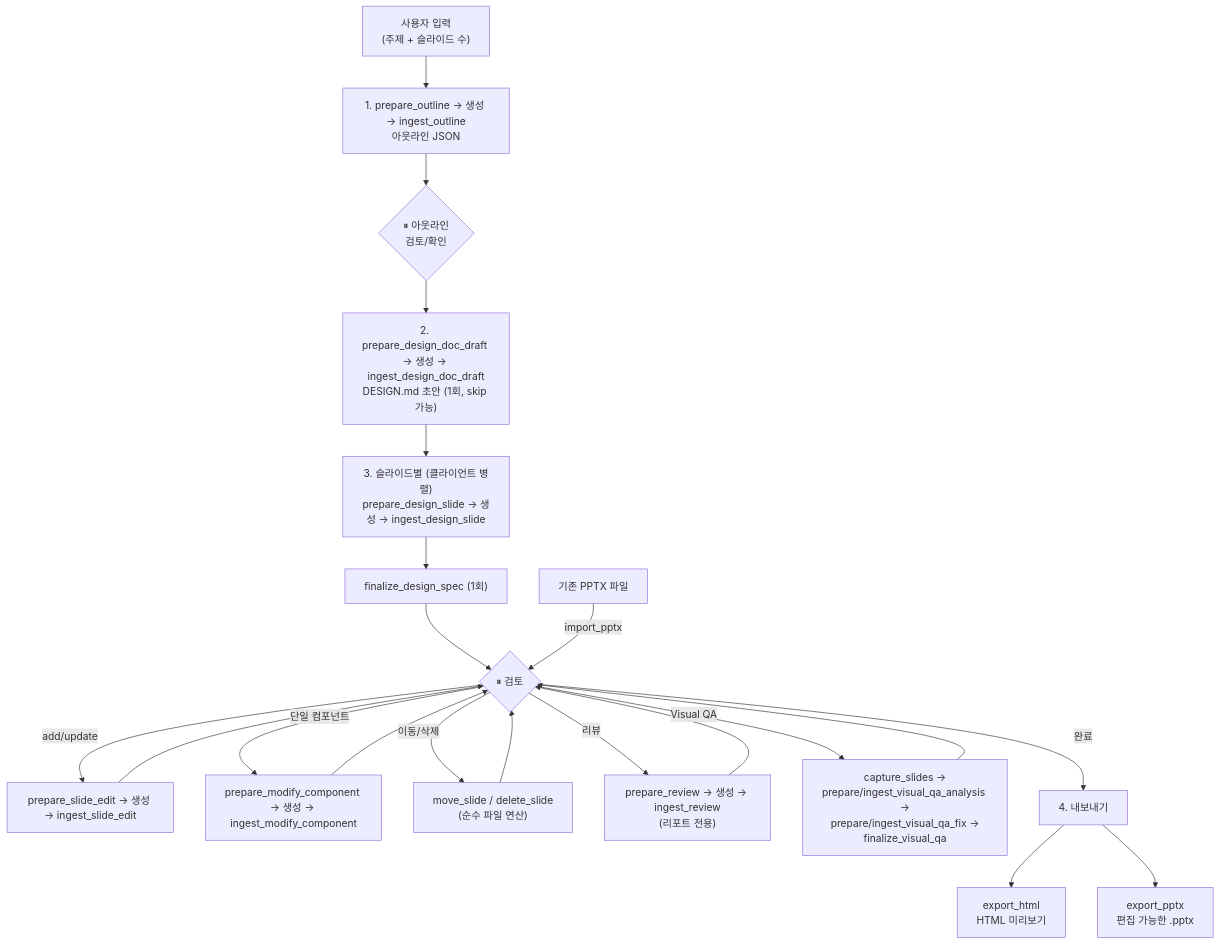
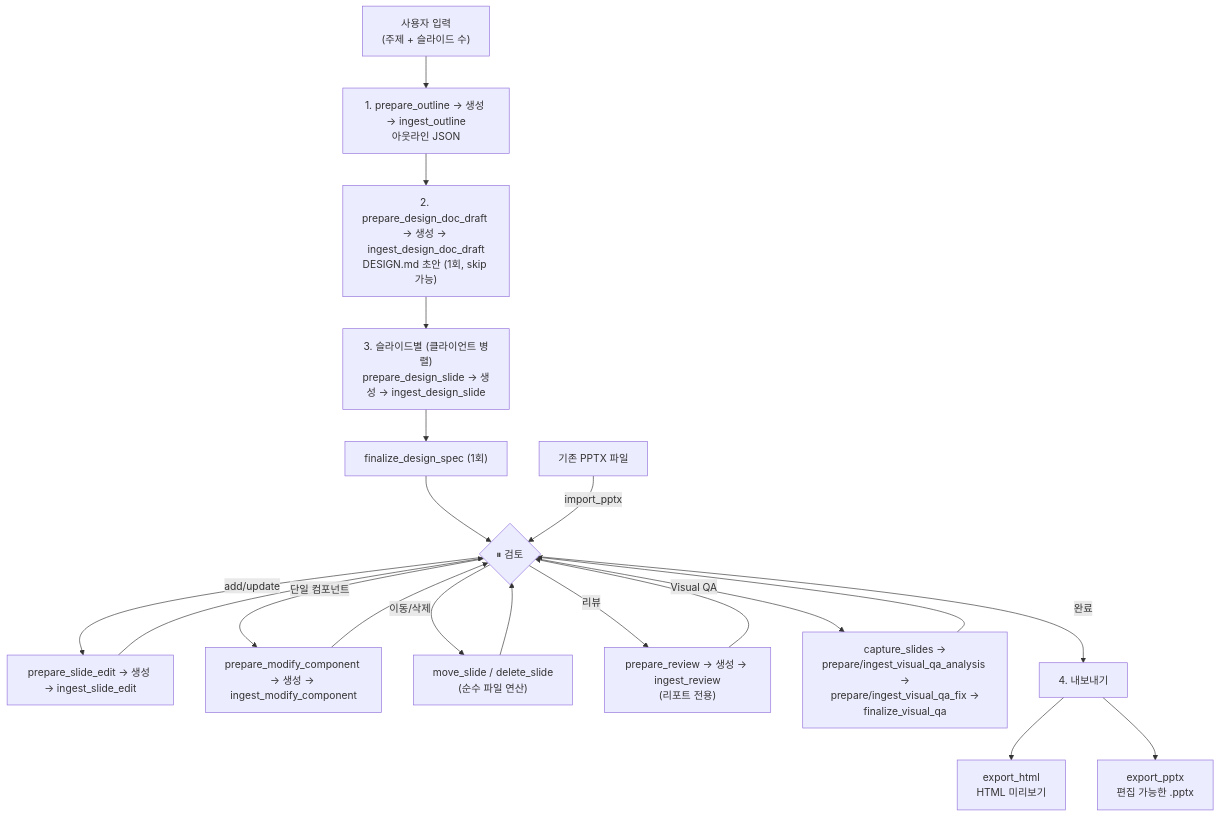
One commit to haandol/ppt-generator changed the third of 3 diagrams in docs/harness/architecture.md. Above: the diagram before and after it, drawn with Mermaid. The commit also changed other lines of this file and 75 other files, not shown here.

````diff
--- a/docs/harness/architecture.md
+++ b/docs/harness/architecture.md
@@ -58,24 +58,23 @@
 ```mermaid
 flowchart TD
     A["사용자 입력\n(주제 + 슬라이드 수)"] --> B["1. prepare_outline → 생성 → ingest_outline\n아웃라인 JSON"]
-    B --> C{"⏸ 아웃라인\n검토/확인"}
-    C --> D["2. prepare_design_doc_draft → 생성 → ingest_design_doc_draft\nDESIGN.md 초안 (1회, skip 가능)"]
+    B --> D["2. prepare_design_doc_draft → 생성 → ingest_design_doc_draft\nDESIGN.md 초안 (1회, skip 가능)"]
     D --> E["3. 슬라이드별 (클라이언트 병렬)\nprepare_design_slide → 생성 → ingest_design_slide"]
     E --> F["finalize_design_spec (1회)"]
     F --> G{"⏸ 검토"}
     G -->|"add/update"| H["prepare_slide_edit → 생성 → ingest_slide_edit"]
     H --> G
     G -->|"단일 컴포넌트"| M["prepare_modify_component → 생성 → ingest_modify_component"]
     M --> G
     G -->|"이동/삭제"| O["move_slide / delete_slide\n(순수 파일 연산)"]
     O --> G
     G -->|"리뷰"| R["prepare_review → 생성 → ingest_review\n(리포트 전용)"]
     R --> G
     G -->|"Visual QA"| V["capture_slides →\nprepare/ingest_visual_qa_analysis →\nprepare/ingest_visual_qa_fix →\nfinalize_visual_qa"]
     V --> G
     G -->|"완료"| I["4. 내보내기"]
     I --> J["export_html\nHTML 미리보기"]
     I --> K["export_pptx\n편집 가능한 .pptx"]
 
     L["기존 PPTX 파일"] -->|"import_pptx"| G
 ```
````
